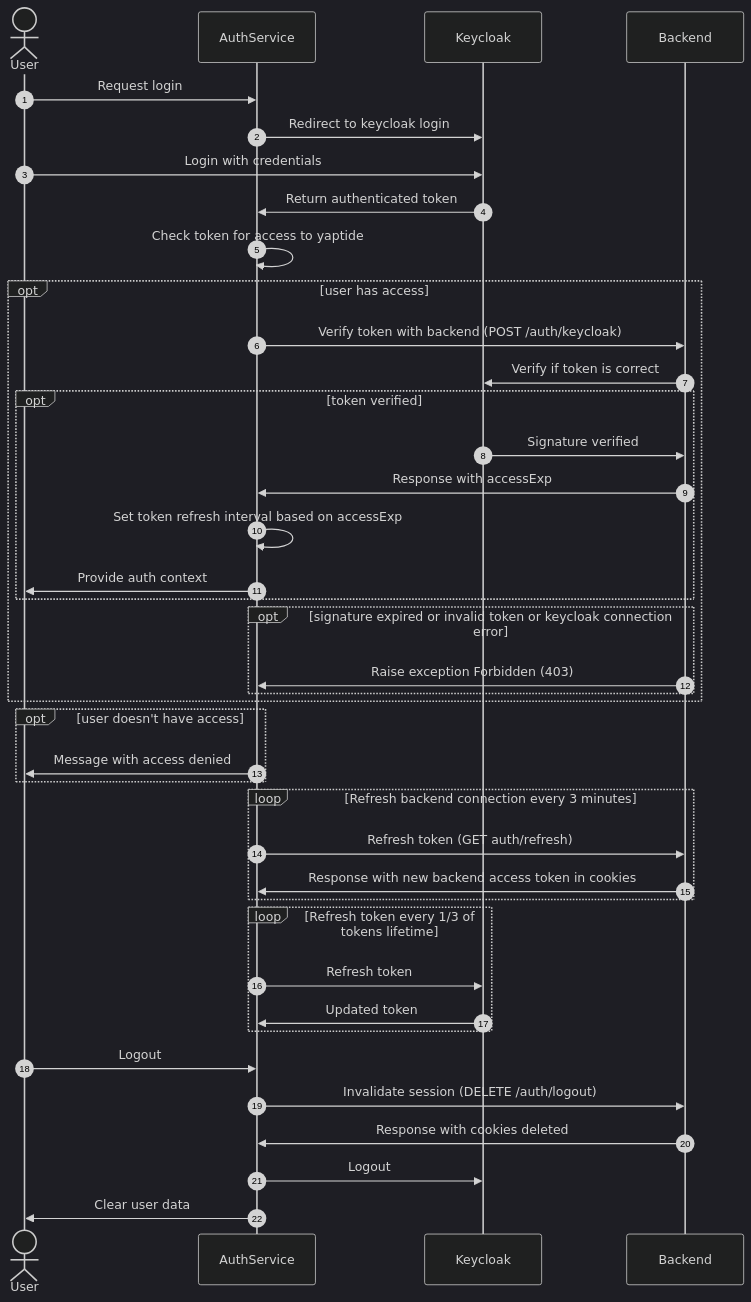
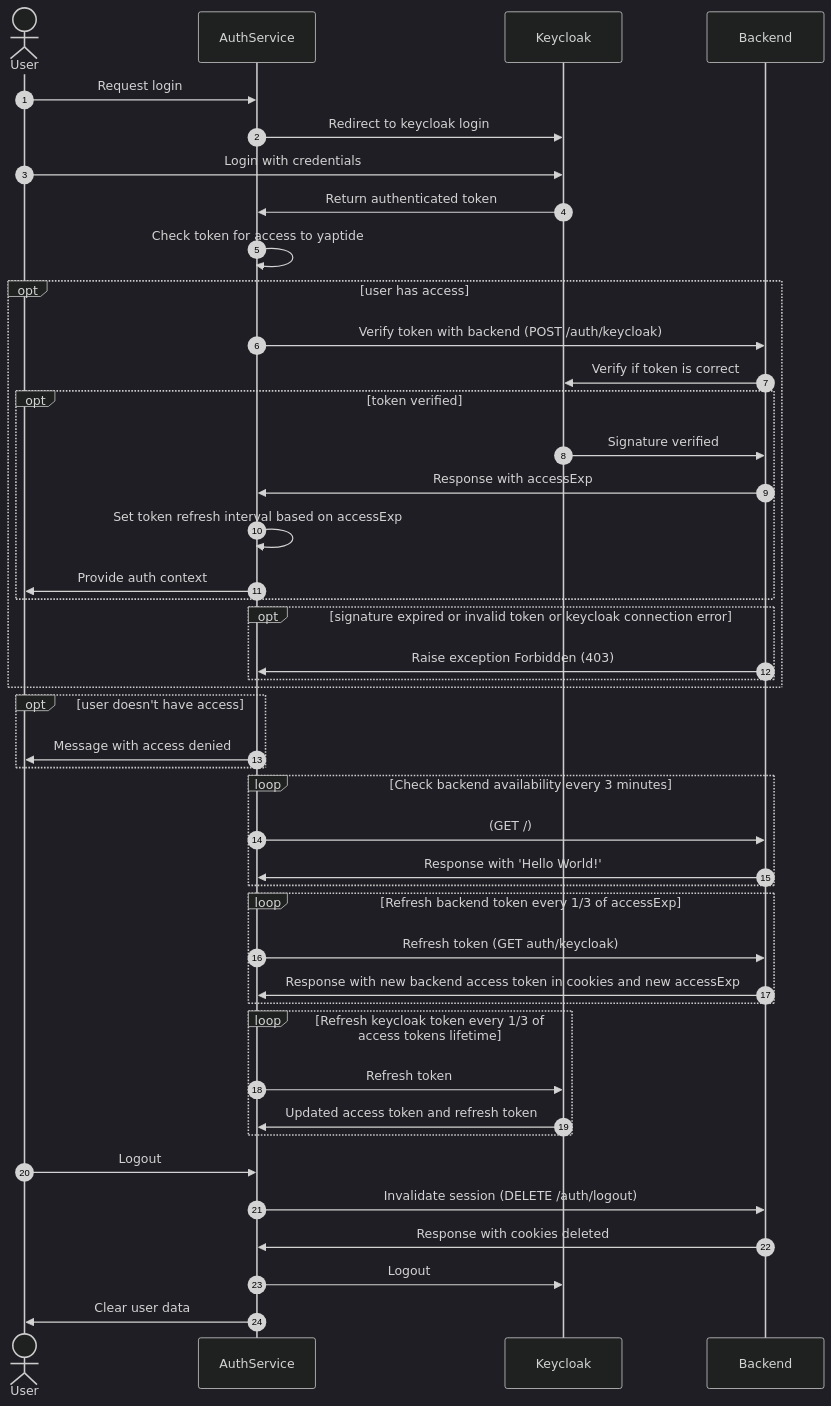
One commit to yaptide/ui changed the first of 2 diagrams in docs/authentication.md. Above: the diagram before and after it, drawn with Mermaid (dark theme). The commit also changed other lines of this file, not shown here.

````diff
--- a/docs/authentication.md
+++ b/docs/authentication.md
@@ -7,43 +7,47 @@
 ```mermaid
 sequenceDiagram
     autonumber
     actor User
     participant AuthService
     participant Keycloak
     participant Backend
 
     User ->> AuthService: Request login
     AuthService ->> Keycloak: Redirect to keycloak login
     User ->> Keycloak: Login with credentials
     Keycloak ->> AuthService: Return authenticated token
     AuthService ->> AuthService: Check token for access to yaptide
     opt user has access
         AuthService ->> Backend: Verify token with backend (POST /auth/keycloak)
         Backend ->> Keycloak: Verify if token is correct
         opt token verified
             Keycloak ->> Backend: Signature verified
             Backend ->> AuthService: Response with accessExp
             AuthService ->> AuthService: Set token refresh interval based on accessExp
             AuthService ->> User: Provide auth context
         end
         opt signature expired or invalid token or keycloak connection error
             Backend ->> AuthService: Raise exception Forbidden (403)
         end
     end
     opt user doesn't have access
         AuthService ->> User: Message with access denied
     end
-    loop Refresh backend connection every 3 minutes
-        AuthService ->> Backend: Refresh token (GET auth/refresh)
-        Backend ->> AuthService: Response with new backend access token in cookies
+    loop Check backend availability every 3 minutes
+        AuthService ->> Backend: (GET /)
+        Backend ->> AuthService: Response with 'Hello World!'
     end
-    loop Refresh token every 1/3 of tokens lifetime
+    loop Refresh backend token every 1/3 of accessExp
+        AuthService ->> Backend: Refresh token (GET auth/keycloak)
+        Backend ->> AuthService: Response with new backend access token in cookies and new accessExp
+    end
+    loop Refresh keycloak token every 1/3 of access tokens lifetime
         AuthService ->> Keycloak: Refresh token
-        Keycloak ->> AuthService: Updated token
+        Keycloak ->> AuthService: Updated access token and refresh token
     end
     User ->> AuthService: Logout
     AuthService ->> Backend: Invalidate session (DELETE /auth/logout)
     Backend ->> AuthService: Response with cookies deleted
     AuthService ->> Keycloak: Logout
     AuthService ->> User: Clear user data
 ```
````
